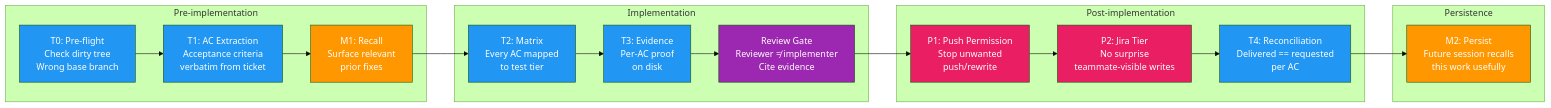
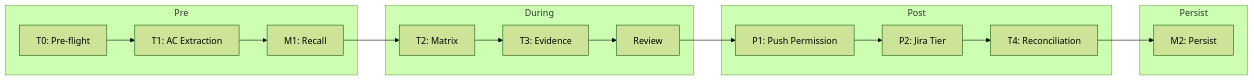
One commit to hoainho/janus changed the second of 2 diagrams in README.md. Above: the diagram before and after it, drawn with Mermaid (forest theme). The commit also changed other lines of this file and 1 other file, not shown here.

````diff
--- a/README.md
+++ b/README.md
@@ -165,37 +114,22 @@
 ```mermaid
 flowchart LR
-    subgraph "Pre-implementation"
-        T0[T0: Pre-flight<br/>Check dirty tree<br/>Wrong base branch]
-        T1[T1: AC Extraction<br/>Acceptance criteria<br/>verbatim from ticket]
-        M1[M1: Recall<br/>Surface relevant<br/>prior fixes]
+    subgraph "Pre"
+        T0[T0: Pre-flight]
+        T1[T1: AC Extraction]
+        M1[M1: Recall]
     end
-    
-    subgraph "Implementation"
-        T2[T2: Matrix<br/>Every AC mapped<br/>to test tier]
-        T3[T3: Evidence<br/>Per-AC proof<br/>on disk]
-        REVIEW[Review Gate<br/>Reviewer ≠ implementer<br/>Cite evidence]
+    subgraph "During"
+        T2[T2: Matrix]
+        T3[T3: Evidence]
+        REV[Review]
     end
-    
-    subgraph "Post-implementation"
-        P1[P1: Push Permission<br/>Stop unwanted<br/>push/rewrite]
-        P2[P2: Jira Tier<br/>No surprise<br/>teammate-visible writes]
-        T4[T4: Reconciliation<br/>Delivered == requested<br/>per AC]
+    subgraph "Post"
+        P1[P1: Push Permission]
+        P2[P2: Jira Tier]
+        T4[T4: Reconciliation]
     end
-    
-    subgraph "Persistence"
-        M2[M2: Persist<br/>Future session recalls<br/>this work usefully]
+    subgraph "Persist"
+        M2[M2: Persist]
     end
-    
-    T0 --> T1 --> M1 --> T2 --> T3 --> REVIEW --> P1 --> P2 --> T4 --> M2
-    
-    style T0 fill:#2196F3,color:#fff
-    style T1 fill:#2196F3,color:#fff
-    style T2 fill:#2196F3,color:#fff
-    style T3 fill:#2196F3,color:#fff
-    style T4 fill:#2196F3,color:#fff
-    style M1 fill:#FF9800,color:#fff
-    style M2 fill:#FF9800,color:#fff
-    style REVIEW fill:#9C27B0,color:#fff
-    style P1 fill:#E91E63,color:#fff
-    style P2 fill:#E91E63,color:#fff
+    T0 --> T1 --> M1 --> T2 --> T3 --> REV --> P1 --> P2 --> T4 --> M2
 ```
````
